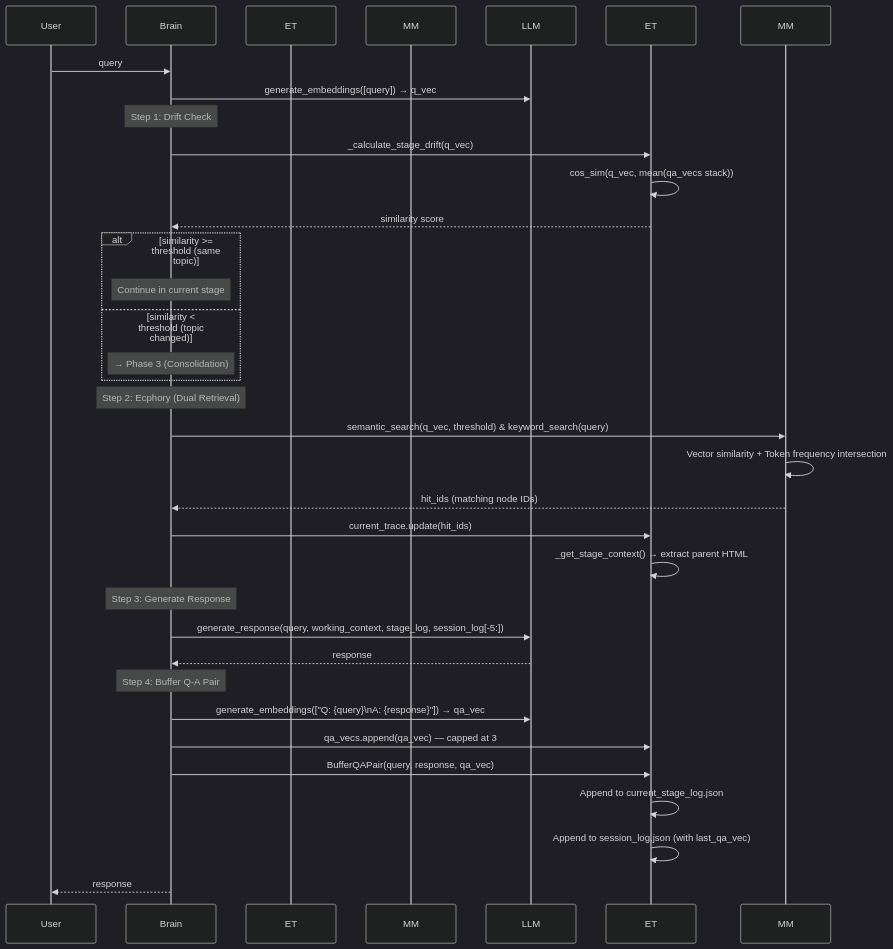
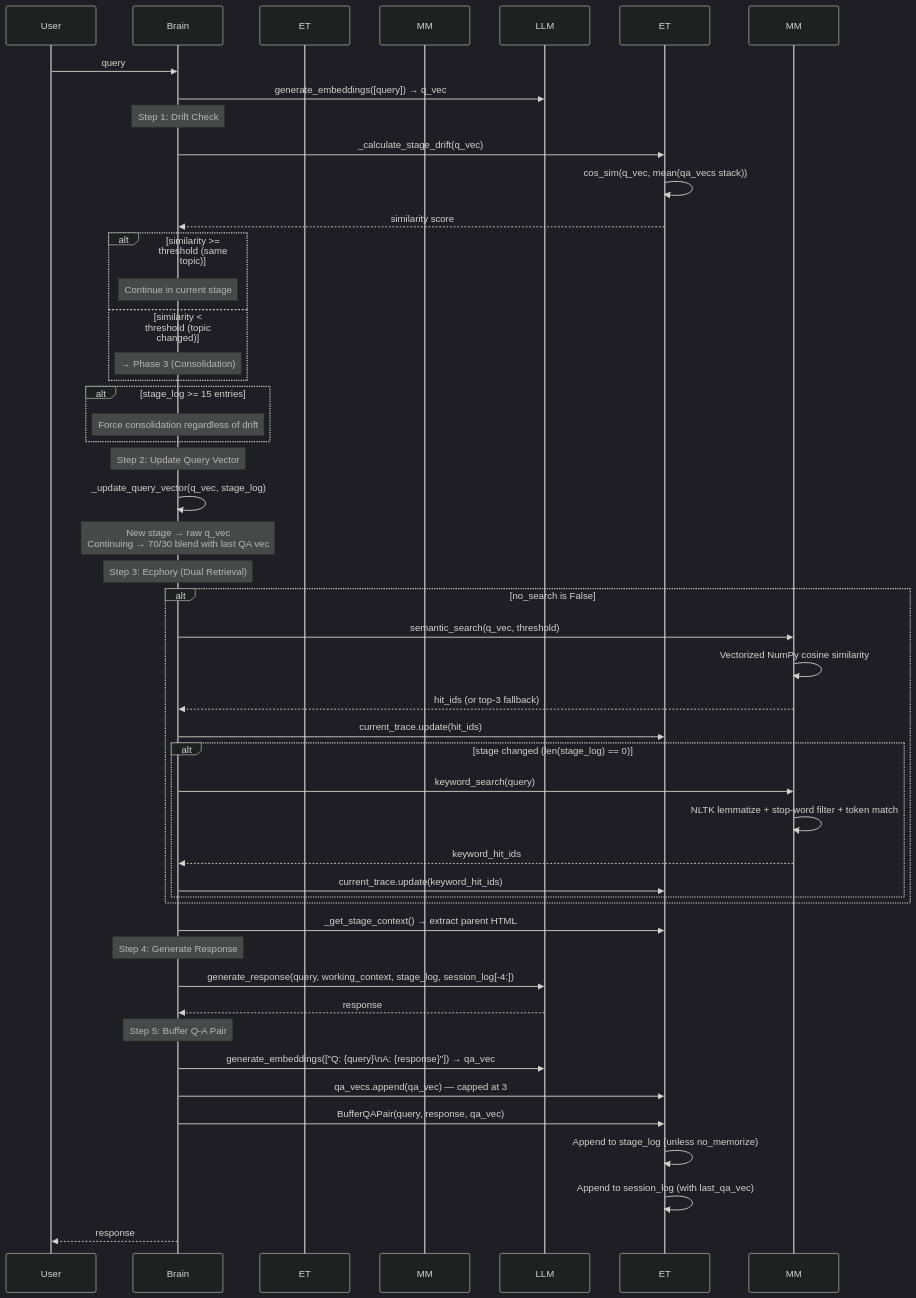
Before and after one commit to iamtaehyunpark/EngramTrace: the third of 4 diagrams in engramtrace_technical_report.md, drawn with Mermaid (dark theme). The commit also changed other lines of this file and 4 other files, not shown here.

Commit message:
Weighted sum in vector generation, top-k selection when empty semantic retrieval

````diff
--- a/engramtrace_technical_report.md
+++ b/engramtrace_technical_report.md
@@ -126,42 +144,59 @@
 ```mermaid
 sequenceDiagram
     participant User
     participant Brain
     participant EngramTrace as ET
     participant Memory as MM
     participant LLM
     
     User->>Brain: query
     Brain->>LLM: generate_embeddings([query]) → q_vec
     
     Note over Brain: Step 1: Drift Check
     Brain->>ET: _calculate_stage_drift(q_vec)
     ET->>ET: cos_sim(q_vec, mean(qa_vecs stack))
     ET-->>Brain: similarity score
     
     alt similarity >= threshold (same topic)
         Note over Brain: Continue in current stage
     else similarity < threshold (topic changed)
         Note over Brain: → Phase 3 (Consolidation)
     end
     
-    Note over Brain: Step 2: Ecphory (Dual Retrieval)
-    Brain->>MM: semantic_search(q_vec, threshold) & keyword_search(query)
-    MM->>MM: Vector similarity + Token frequency intersection
-    MM-->>Brain: hit_ids (matching node IDs)
-    Brain->>ET: current_trace.update(hit_ids)
-    ET->>ET: _get_stage_context() → extract parent HTML
+    alt stage_log >= 15 entries
+        Note over Brain: Force consolidation regardless of drift
+    end
     
-    Note over Brain: Step 3: Generate Response
-    Brain->>LLM: generate_response(query, working_context, stage_log, session_log[-5:])
+    Note over Brain: Step 2: Update Query Vector
+    Brain->>Brain: _update_query_vector(q_vec, stage_log)
+    Note over Brain: New stage → raw q_vec<br/>Continuing → 70/30 blend with last QA vec
+    
+    Note over Brain: Step 3: Ecphory (Dual Retrieval)
+    alt no_search is False
+        Brain->>MM: semantic_search(q_vec, threshold)
+        MM->>MM: Vectorized NumPy cosine similarity
+        MM-->>Brain: hit_ids (or top-3 fallback)
+        Brain->>ET: current_trace.update(hit_ids)
+        alt stage changed (len(stage_log) == 0)
+            Brain->>MM: keyword_search(query)
+            MM->>MM: NLTK lemmatize + stop-word filter + token match
+            MM-->>Brain: keyword_hit_ids
+            Brain->>ET: current_trace.update(keyword_hit_ids)
+        end
+    end
+    
+    Brain->>ET: _get_stage_context() → extract parent HTML
+    
+    Note over Brain: Step 4: Generate Response
+    Brain->>LLM: generate_response(query, working_context, stage_log, session_log[-4:])
     LLM-->>Brain: response
     
-    Note over Brain: Step 4: Buffer Q-A Pair
+    Note over Brain: Step 5: Buffer Q-A Pair
     Brain->>LLM: generate_embeddings(["Q: {query}\nA: {response}"]) → qa_vec
     Brain->>ET: qa_vecs.append(qa_vec) — capped at 3
     Brain->>ET: BufferQAPair(query, response, qa_vec)
-    ET->>ET: Append to current_stage_log.json
-    ET->>ET: Append to session_log.json (with last_qa_vec)
+    ET->>ET: Append to stage_log (unless no_memorize)
+    ET->>ET: Append to session_log (with last_qa_vec)
     
     Brain-->>User: response
 ```
````
